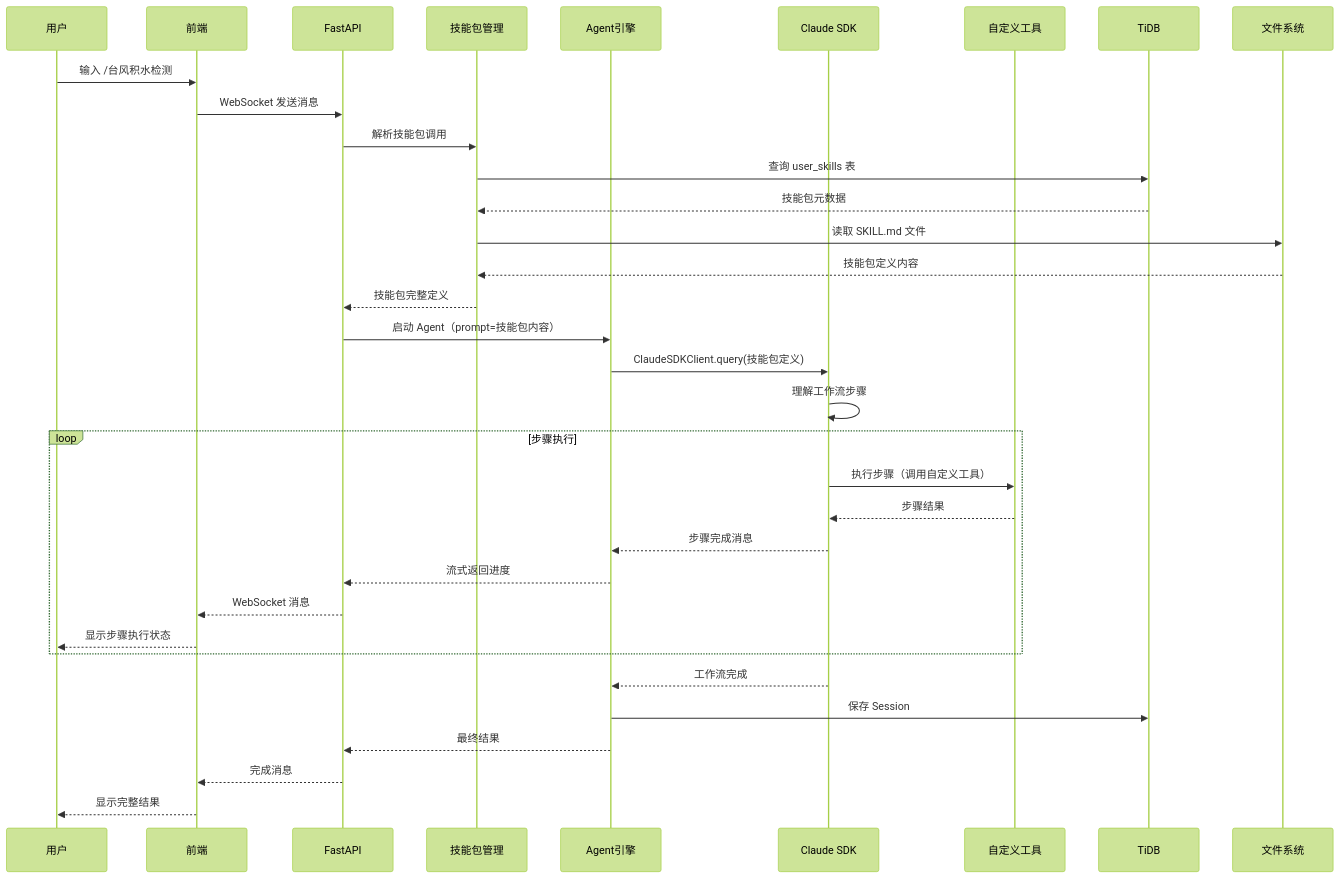
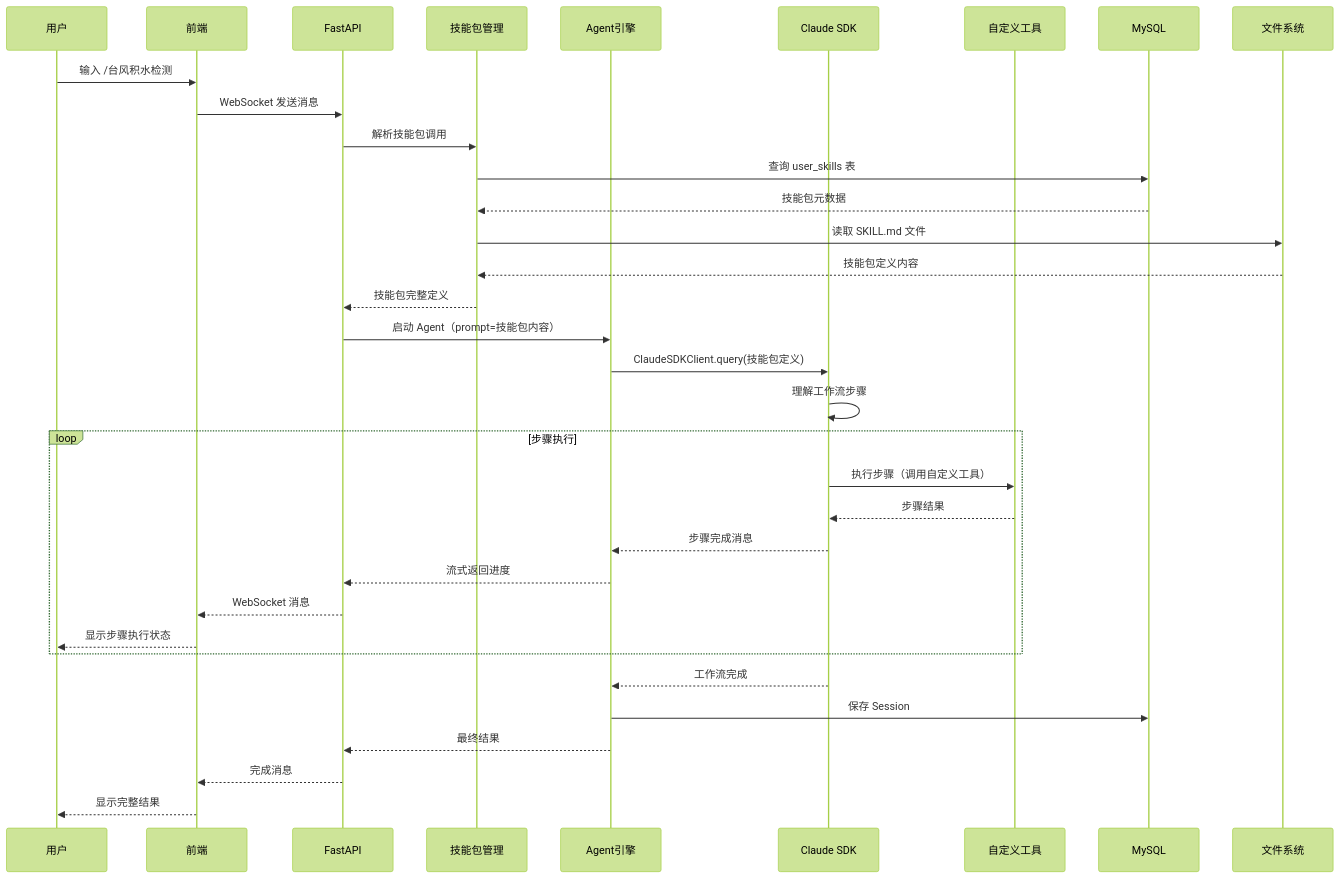
The fifth of 27 diagrams in agent/agent_project_design_1.md (xiaocaipi/mm-doc), drawn with Mermaid (forest theme) before and after one commit. The commit also changed other lines of this file and 1 other file, not shown here.

````diff
--- a/agent/agent_project_design_1.md
+++ b/agent/agent_project_design_1.md
@@ -331,43 +331,43 @@
 ```mermaid
 sequenceDiagram
     participant User as 用户
     participant Frontend as 前端
     participant API as FastAPI
     participant SkillMgr as 技能包管理
     participant Agent as Agent引擎
     participant SDK as Claude SDK
     participant Tools as 自定义工具
-    participant DB as TiDB
+    participant DB as MySQL
     participant FS as 文件系统
 
     User->>Frontend: 输入 /台风积水检测
     Frontend->>API: WebSocket 发送消息
     
     API->>SkillMgr: 解析技能包调用
     SkillMgr->>DB: 查询 user_skills 表
     DB-->>SkillMgr: 技能包元数据
     
     SkillMgr->>FS: 读取 SKILL.md 文件
     FS-->>SkillMgr: 技能包定义内容
     SkillMgr-->>API: 技能包完整定义
     
     API->>Agent: 启动 Agent（prompt=技能包内容）
     Agent->>SDK: ClaudeSDKClient.query(技能包定义)
     
     SDK->>SDK: 理解工作流步骤
     
     loop 步骤执行
         SDK->>Tools: 执行步骤（调用自定义工具）
         Tools-->>SDK: 步骤结果
         SDK-->>Agent: 步骤完成消息
         Agent-->>API: 流式返回进度
         API-->>Frontend: WebSocket 消息
         Frontend-->>User: 显示步骤执行状态
     end
     
     SDK-->>Agent: 工作流完成
     Agent->>DB: 保存 Session
     Agent-->>API: 最终结果
     API-->>Frontend: 完成消息
     Frontend-->>User: 显示完整结果
 ```
````
